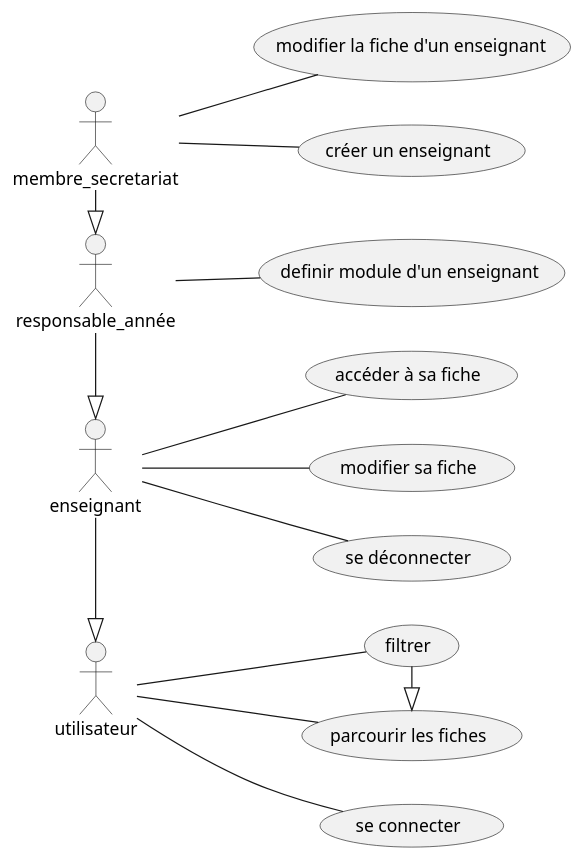
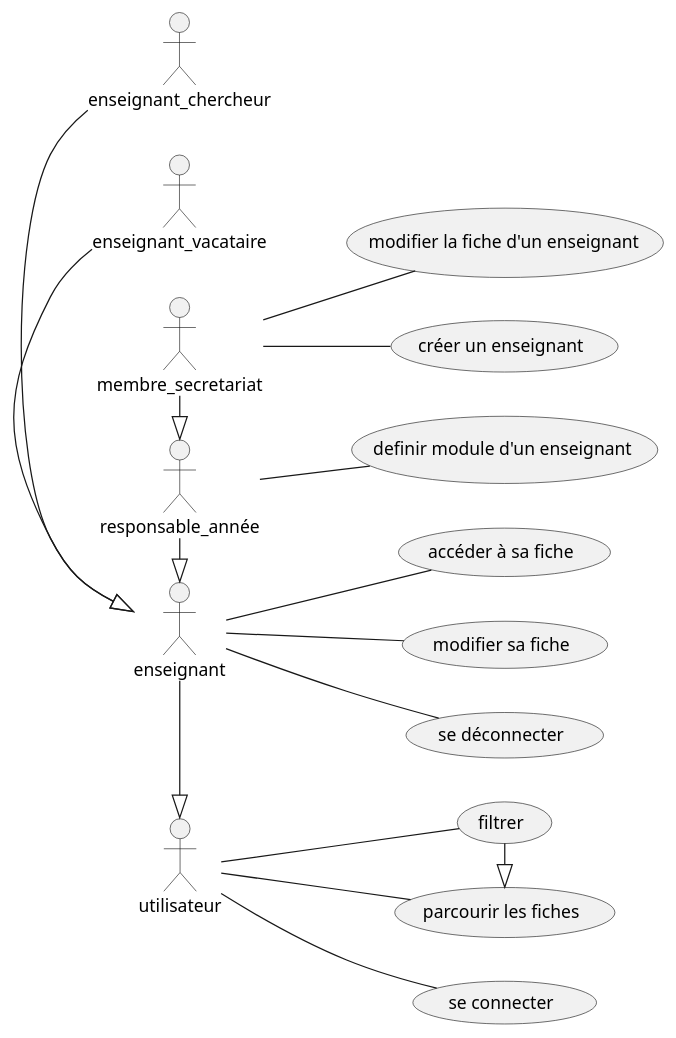
The diagram in analyse/projet/usecase/cas-d'utilisation-analyse_conception.wsd (IUT-Blagnac/bcoo-retro2021-bcoo-retro2021-g14), drawn with PlantUML before and after one commit.

```diff
--- a/analyse/projet/usecase/cas-d'utilisation-analyse_conception.wsd
+++ b/analyse/projet/usecase/cas-d'utilisation-analyse_conception.wsd
@@ -1,44 +1,48 @@
 @startuml
 left to right direction
 
 :utilisateur:
 :membre_secretariat:
 :responsable_année:
 :enseignant:
+:enseignant_chercheur:
+:enseignant_vacataire:
 
 
 usecase filtre as "filtrer"
 usecase acfiche as "accéder à sa fiche"
 usecase modif as "modifier sa fiche"
 usecase parc as "parcourir les fiches"
 usecase def as "definir module d'un enseignant"
 usecase co as "se connecter"
 usecase create as "créer un enseignant"
 usecase modifen as "modifier la fiche d'un enseignant"
 usecase deco as "se déconnecter"
 
 
 utilisateur -- parc
 utilisateur -- filtre
 utilisateur -- co
 
 enseignant -- acfiche
 enseignant -- modif
 enseignant -- deco
 
 membre_secretariat -- modifen
 membre_secretariat -- create
 
 responsable_année -- def
 
 filtre -|> parc
 
 
 
 enseignant -|> utilisateur
+enseignant_chercheur -|> enseignant
+enseignant_vacataire -|> enseignant
 responsable_année -|> enseignant
 membre_secretariat -|> responsable_année
 
 
 
 @enduml
```
